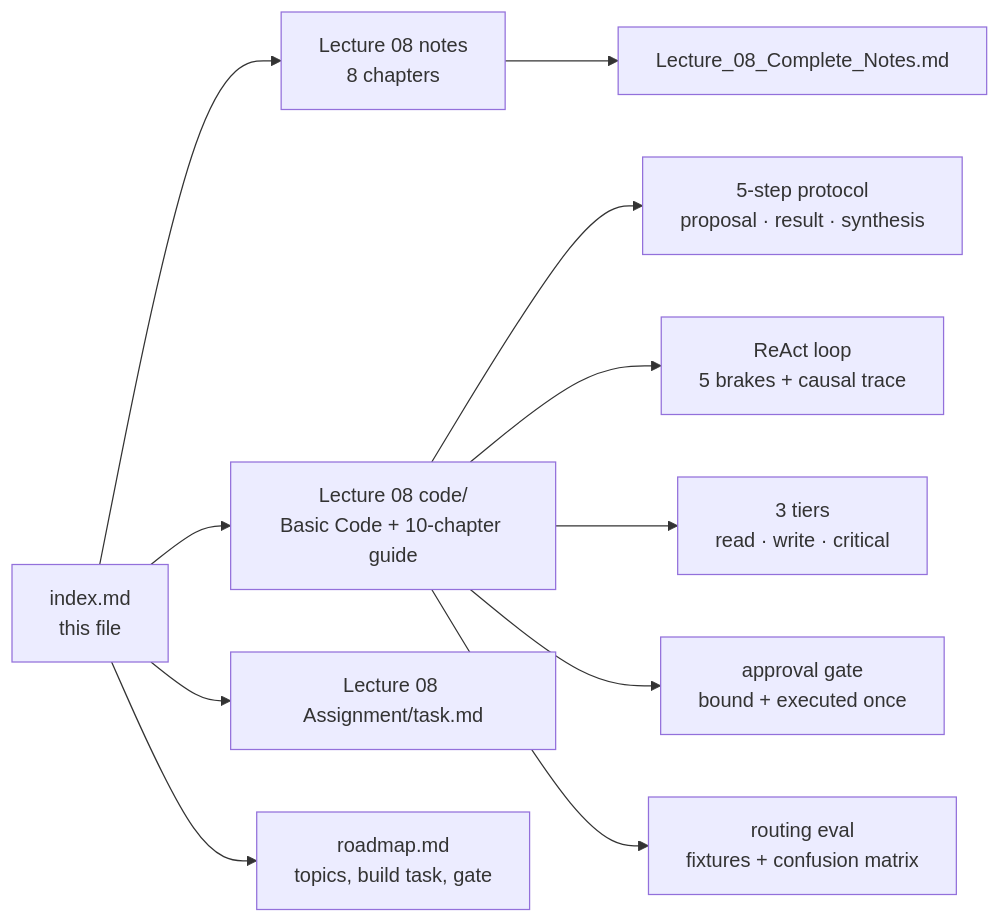
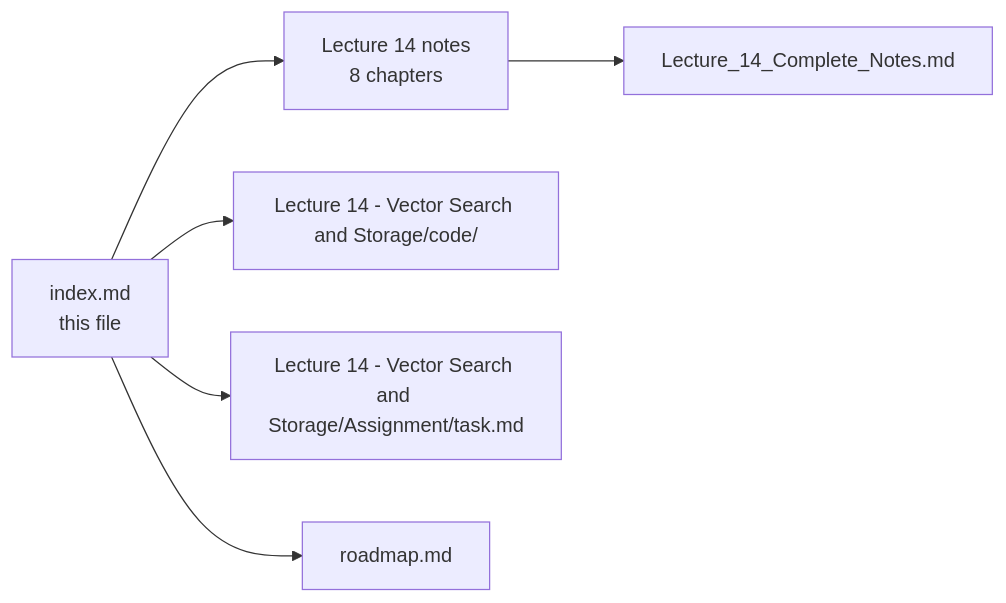
Before and after one commit to Amie-dev/FDE-and-GenAI-Mastery: diagram 14 of 24 in index.md, drawn with Mermaid. The commit also changed other lines of this file, not shown here.

Commit message:
Implement code changes to enhance functionality and improve performance

````diff
--- a/index.md
+++ b/index.md
@@ -543,13 +599,8 @@
 ```mermaid
 flowchart LR
-    IDX["index.md<br/>this file"] --> L8["Lecture 08 notes<br/>8 chapters"]
-    L8 --> CN["Lecture_08_Complete_Notes.md"]
-    IDX --> CODE["Lecture 08 code/<br/>Basic Code + 10-chapter guide"]
-    IDX --> ASG["Lecture 08 Assignment/task.md"]
-    IDX --> RM["roadmap.md<br/>topics, build task, gate"]
-    CODE --> PROTO["5-step protocol<br/>proposal · result · synthesis"]
-    CODE --> LOOP["ReAct loop<br/>5 brakes + causal trace"]
-    CODE --> TIERS["3 tiers<br/>read · write · critical"]
-    CODE --> GATE["approval gate<br/>bound + executed once"]
-    CODE --> EVAL["routing eval<br/>fixtures + confusion matrix"]
+    IDX["index.md<br/>this file"] --> L14["Lecture 14 notes<br/>8 chapters"]
+    L14 --> CN["Lecture_14_Complete_Notes.md"]
+    IDX --> CODE["Lecture 14 - Vector Search and Storage/code/"]
+    IDX --> ASG["Lecture 14 - Vector Search and Storage/Assignment/task.md"]
+    IDX --> RM["roadmap.md"]
 ```
````
